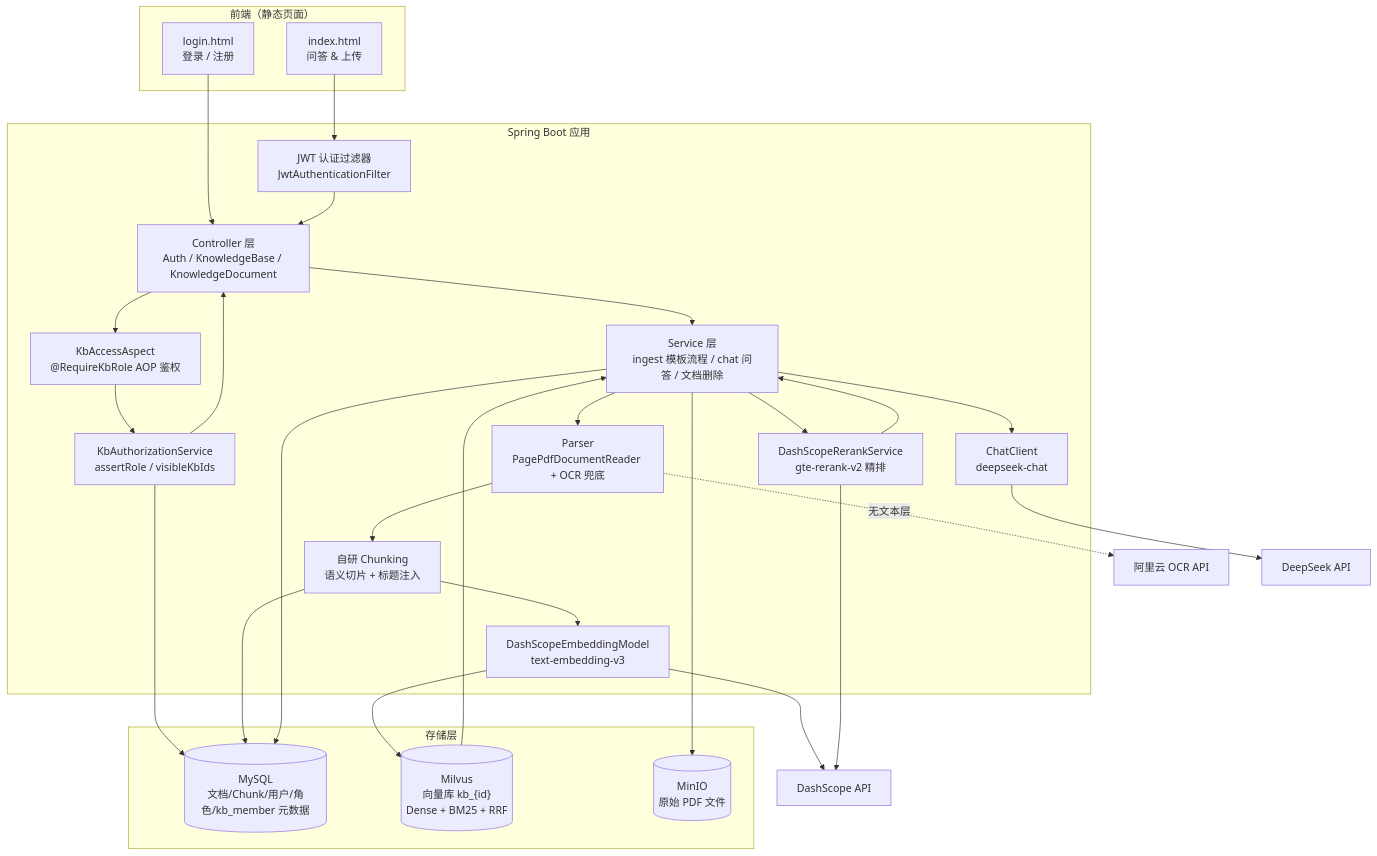
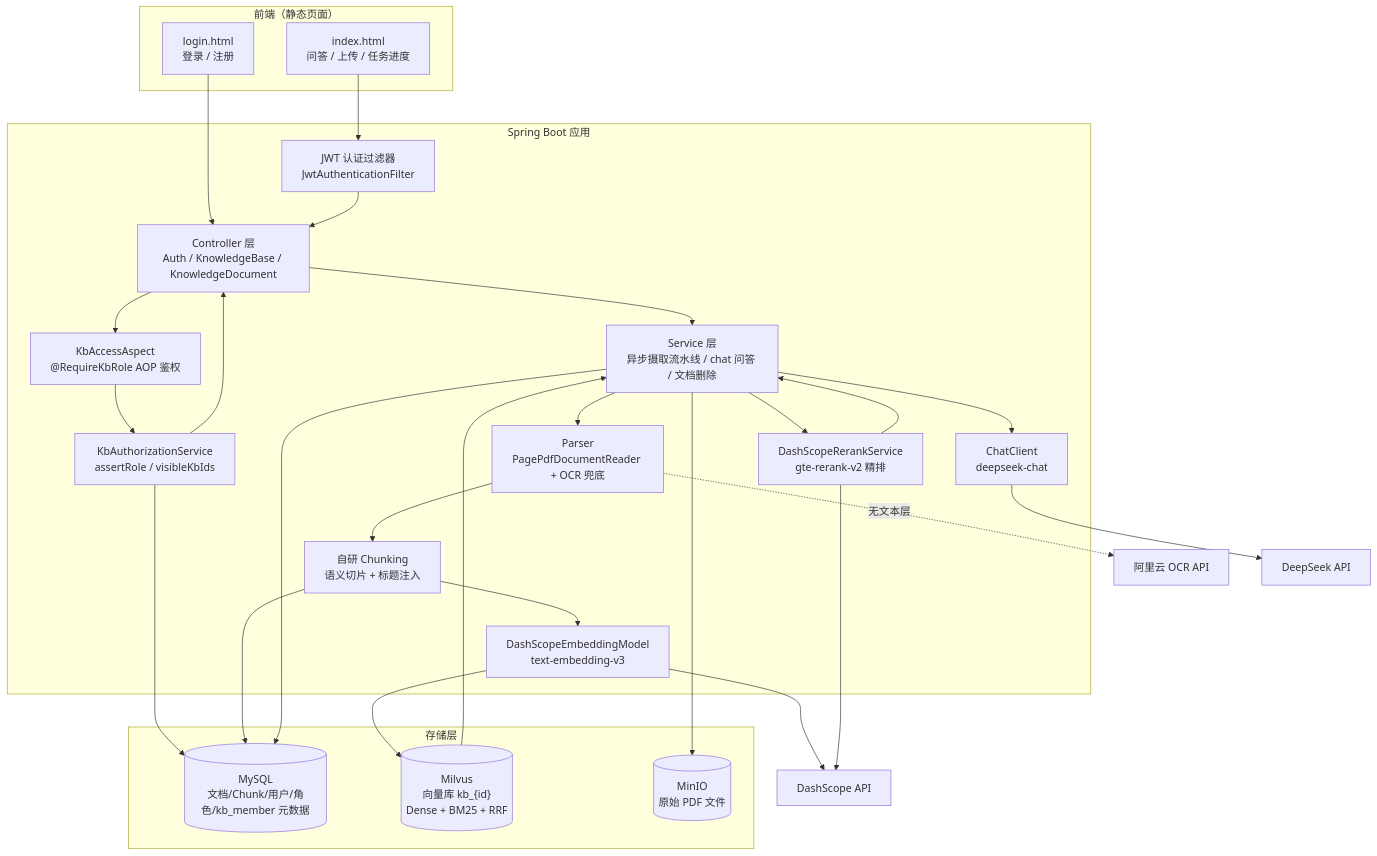
One commit to wjklovemmy/spring-ai-rag-demo changed the diagram in README.md. Above: the diagram before and after it, drawn with Mermaid. The commit also changed other lines of this file and 24 other files, not shown here.

````diff
--- a/README.md
+++ b/README.md
@@ -48,47 +48,47 @@
 ```mermaid
 graph TB
     subgraph Frontend["前端（静态页面）"]
         LOGIN["login.html<br/>登录 / 注册"]
-        INDEX["index.html<br/>问答 & 上传"]
+        INDEX["index.html<br/>问答 / 上传 / 任务进度"]
     end
 
     subgraph Backend["Spring Boot 应用"]
         CTRL["Controller 层<br/>Auth / KnowledgeBase / KnowledgeDocument"]
         AUTH["JWT 认证过滤器<br/>JwtAuthenticationFilter"]
         ASPECT["KbAccessAspect<br/>@RequireKbRole AOP 鉴权"]
         AUTHZ["KbAuthorizationService<br/>assertRole / visibleKbIds"]
-        SVC["Service 层<br/>ingest 模板流程 / chat 问答 / 文档删除"]
+        SVC["Service 层<br/>异步摄取流水线 / chat 问答 / 文档删除"]
         PARSER["Parser<br/>PagePdfDocumentReader + OCR 兜底"]
         SPLIT["自研 Chunking<br/>语义切片 + 标题注入"]
         EMBED["DashScopeEmbeddingModel<br/>text-embedding-v3"]
         RERANK["DashScopeRerankService<br/>gte-rerank-v2 精排"]
         CHAT["ChatClient<br/>deepseek-chat"]
     end
 
     subgraph Storage["存储层"]
         MYSQL[("MySQL<br/>文档/Chunk/用户/角色/kb_member 元数据")]
         MILVUS[("Milvus<br/>向量库 kb_{id}<br/>Dense + BM25 + RRF")]
         MINIO[("MinIO<br/>原始 PDF 文件")]
     end
 
     OCRSVC["阿里云 OCR API"]
     AI["DeepSeek API"]
     DS["DashScope API"]
 
     LOGIN --> CTRL
     INDEX --> AUTH --> CTRL
     CTRL --> ASPECT --> AUTHZ --> MYSQL
     AUTHZ --> CTRL
     CTRL --> SVC
     SVC --> PARSER --> SPLIT
     PARSER -.无文本层.-> OCRSVC
     SPLIT --> MYSQL
     SPLIT --> EMBED --> DS
     EMBED --> MILVUS
     SVC --> CHAT --> AI
     MILVUS --> SVC
     SVC --> RERANK --> DS
     RERANK --> SVC
     SVC --> MINIO
     SVC --> MYSQL
 ```
````
